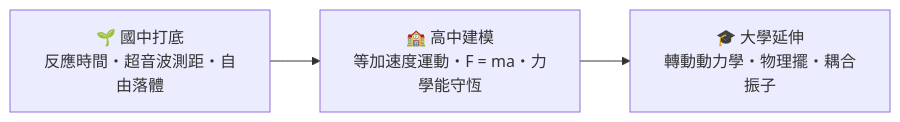
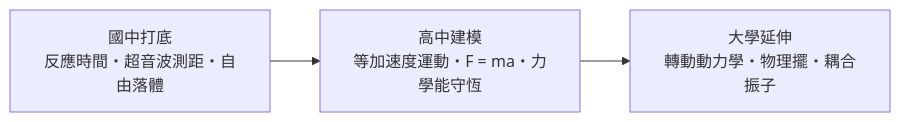
Before and after one commit to Yu-0312/senior-science: the fifth of 9 diagrams in README.md, drawn with Mermaid. The commit also changed other lines of this file and 34 other files, not shown here.

````diff
--- a/README.md
+++ b/README.md
@@ -283,4 +283,4 @@
 ```mermaid
 flowchart LR
-    J["🌱 國中打底<br/>反應時間・超音波測距・自由落體"] --> S["🏫 高中建模<br/>等加速度運動・F = ma・力學能守恆"] --> U["🎓 大學延伸<br/>轉動動力學・物理擺・耦合振子"]
+    J["國中打底<br/>反應時間・超音波測距・自由落體"] --> S["高中建模<br/>等加速度運動・F = ma・力學能守恆"] --> U["大學延伸<br/>轉動動力學・物理擺・耦合振子"]
 ```
````
